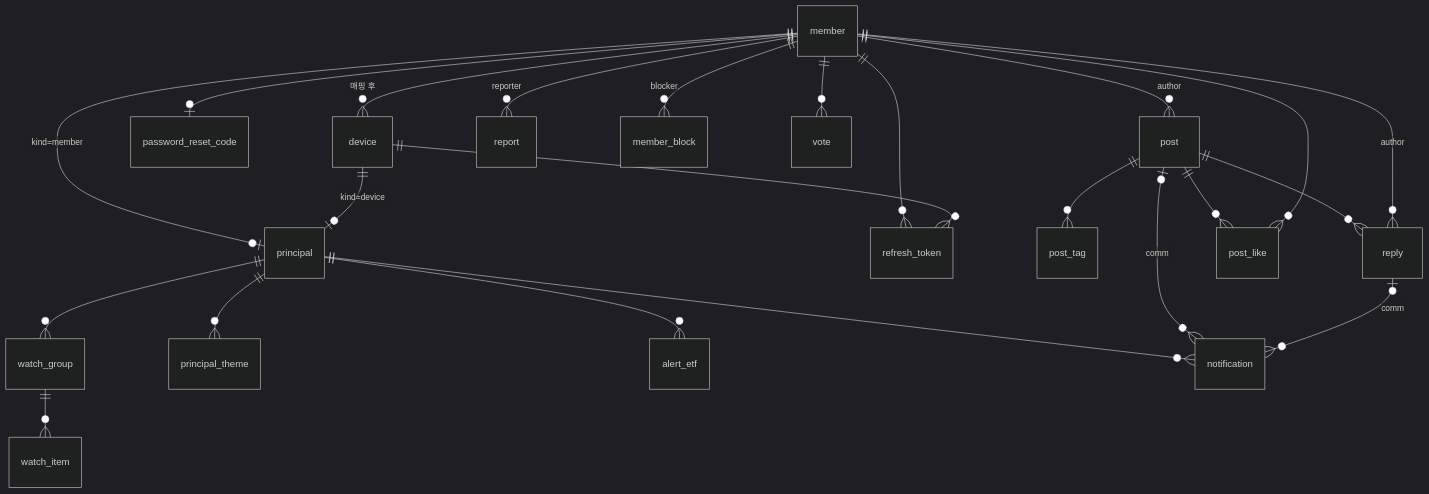
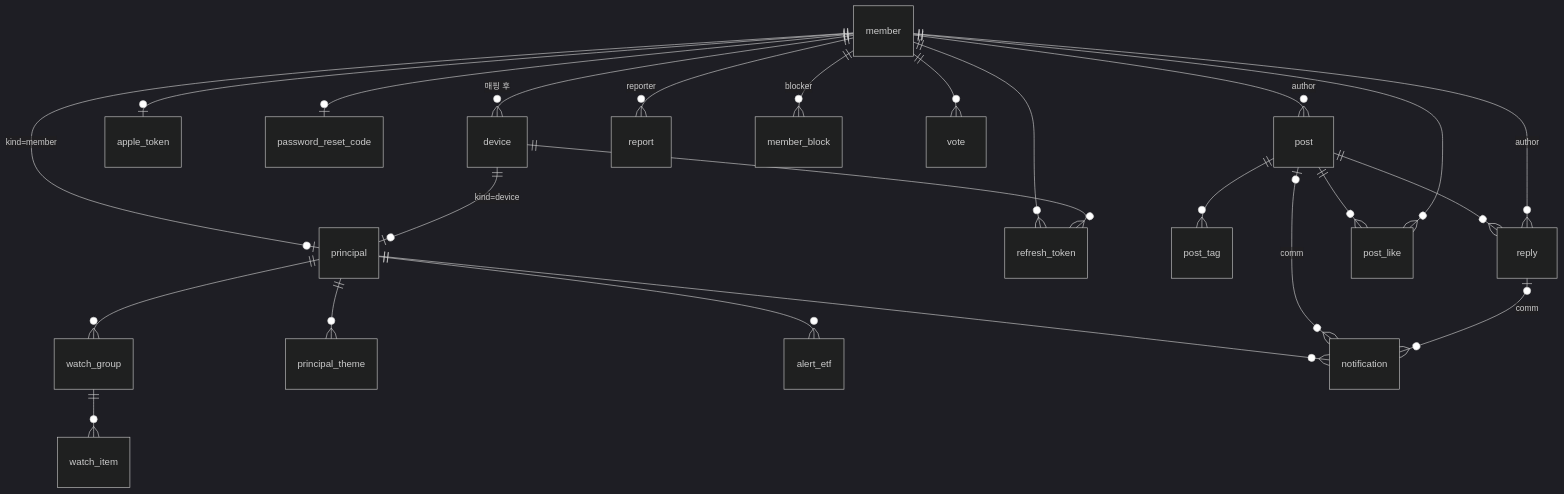
The first of 2 diagrams in src/apps/cloud/app-api/docs/erd.md (alphaeveryday/edge), drawn with Mermaid (dark theme) before and after one commit. The commit also changed other lines of this file and 14 other files, not shown here.

````diff
--- a/src/apps/cloud/app-api/docs/erd.md
+++ b/src/apps/cloud/app-api/docs/erd.md
@@ -424,25 +434,26 @@
 ```mermaid
 erDiagram
     member ||--o| principal : "kind=member"
     device ||--o| principal : "kind=device"
     member ||--o{ device : "매핑 후"
     member ||--o{ refresh_token : ""
+    member ||--o| apple_token : ""
     device ||--o{ refresh_token : ""
     member ||--o| password_reset_code : ""
     principal ||--o{ watch_group : ""
     watch_group ||--o{ watch_item : ""
     principal ||--o{ principal_theme : ""
     principal ||--o{ alert_etf : ""
     principal ||--o{ notification : ""
     member ||--o{ post : "author"
     post ||--o{ post_tag : ""
     post ||--o{ reply : ""
     post ||--o{ post_like : ""
     member ||--o{ reply : "author"
     member ||--o{ post_like : ""
     member ||--o{ report : "reporter"
     member ||--o{ member_block : "blocker"
     member ||--o{ vote : ""
     post o|--o{ notification : "comm"
     reply o|--o{ notification : "comm"
 ```
````
